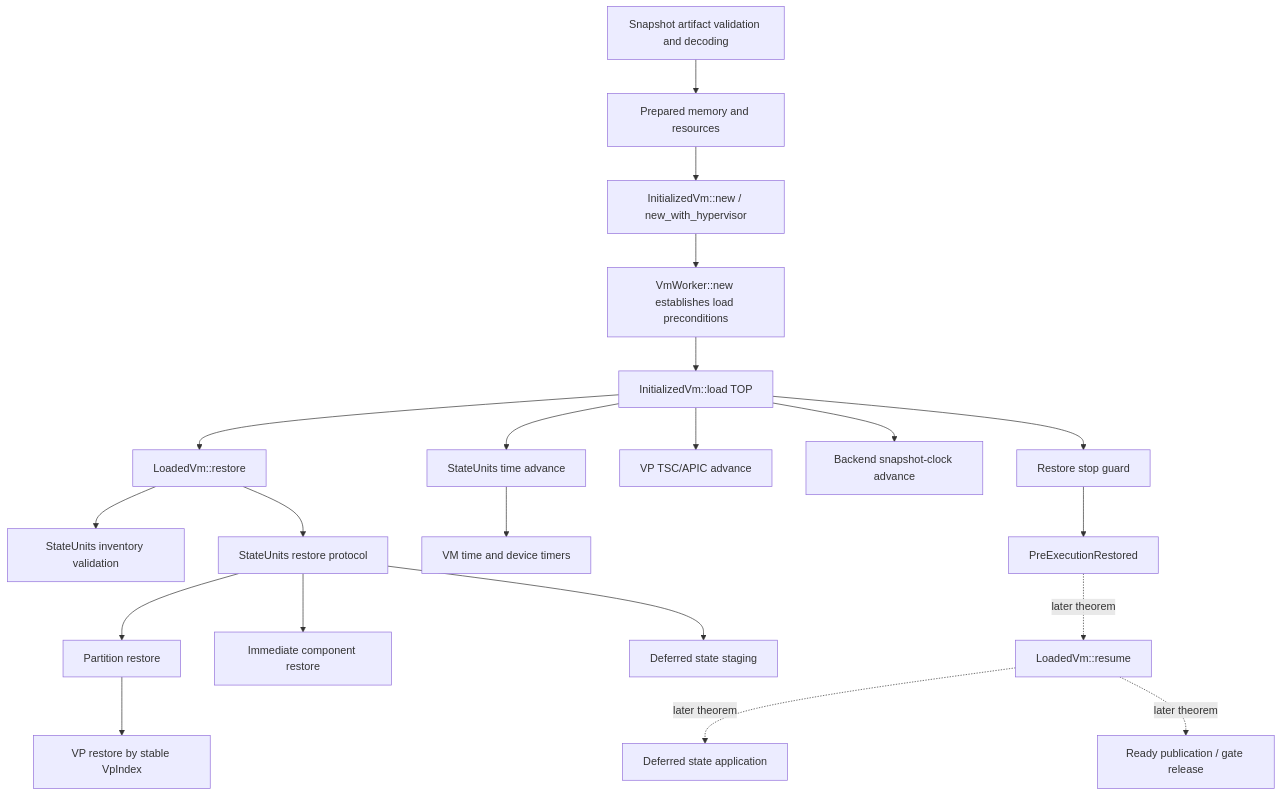
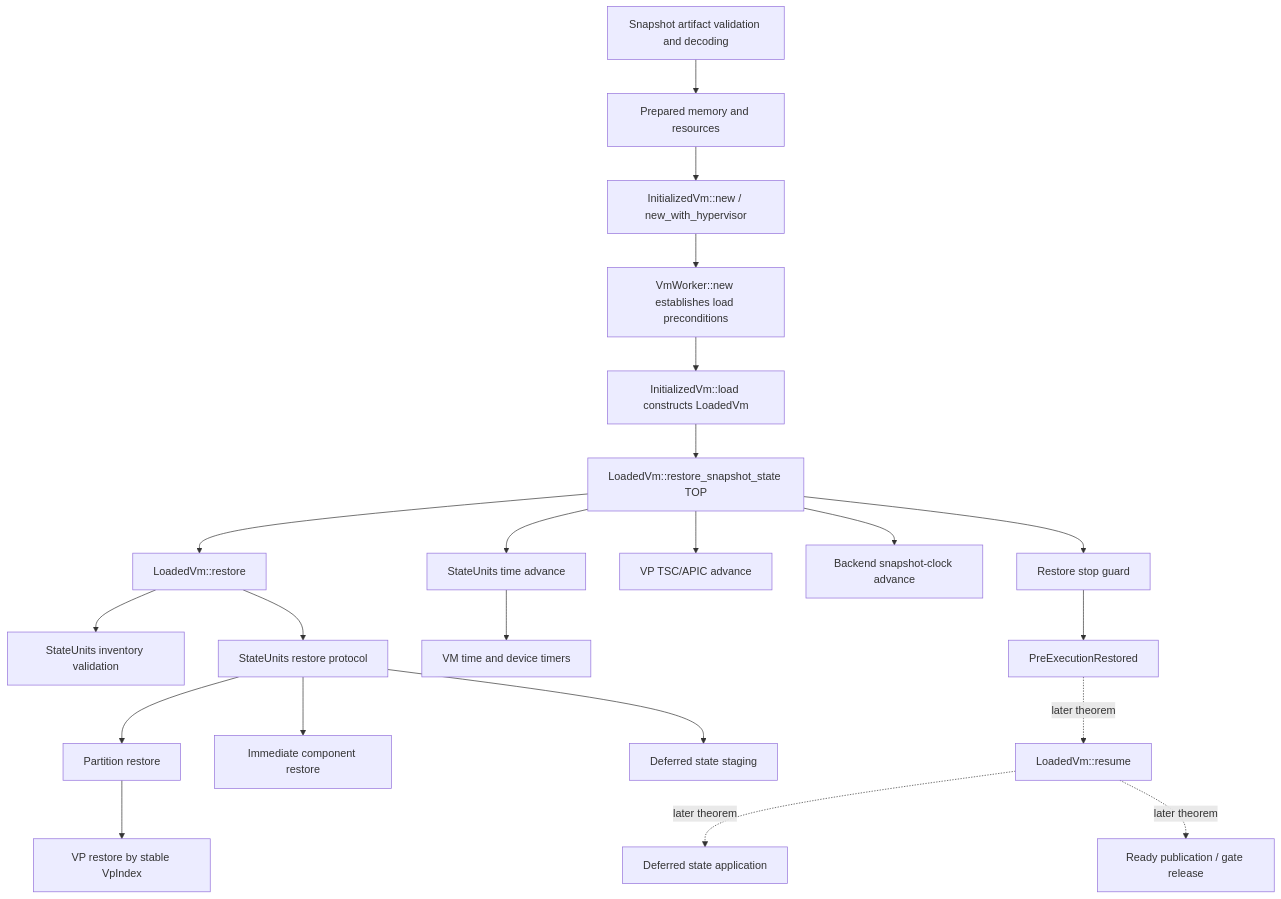
The diagram in VM_LOAD_RESTORE_FOCUSED_CALL_GRAPH.md (nanvix/openvmm), drawn with Mermaid before and after one commit. The commit also changed other lines of this file and 27 other files, not shown here.

First line of the commit message:
refine snapshot restore verification boundary

````diff
--- a/VM_LOAD_RESTORE_FOCUSED_CALL_GRAPH.md
+++ b/VM_LOAD_RESTORE_FOCUSED_CALL_GRAPH.md
@@ -53,24 +53,25 @@
 ```mermaid
 flowchart TD
     A[Snapshot artifact validation and decoding] --> B[Prepared memory and resources]
     B --> C[InitializedVm::new / new_with_hypervisor]
     C --> D[VmWorker::new establishes load preconditions]
-    D --> E[InitializedVm::load TOP]
-    E --> F[LoadedVm::restore]
-    F --> G[StateUnits inventory validation]
-    F --> H[StateUnits restore protocol]
+    D --> E[InitializedVm::load constructs LoadedVm]
+    E --> F[LoadedVm::restore_snapshot_state TOP]
+    F --> G0[LoadedVm::restore]
+    G0 --> G[StateUnits inventory validation]
+    G0 --> H[StateUnits restore protocol]
     H --> I[Partition restore]
     I --> J[VP restore by stable VpIndex]
     H --> K[Immediate component restore]
     H --> L[Deferred state staging]
-    E --> M[StateUnits time advance]
+    F --> M[StateUnits time advance]
     M --> N[VM time and device timers]
-    E --> O[VP TSC/APIC advance]
-    E --> P[Backend snapshot-clock advance]
-    E --> Q[Restore stop guard]
+    F --> O[VP TSC/APIC advance]
+    F --> P[Backend snapshot-clock advance]
+    F --> Q[Restore stop guard]
     Q --> R[PreExecutionRestored]
 
     R -. later theorem .-> S[LoadedVm::resume]
     S -. later theorem .-> T[Deferred state application]
     S -. later theorem .-> U[Ready publication / gate release]
 ```
````
